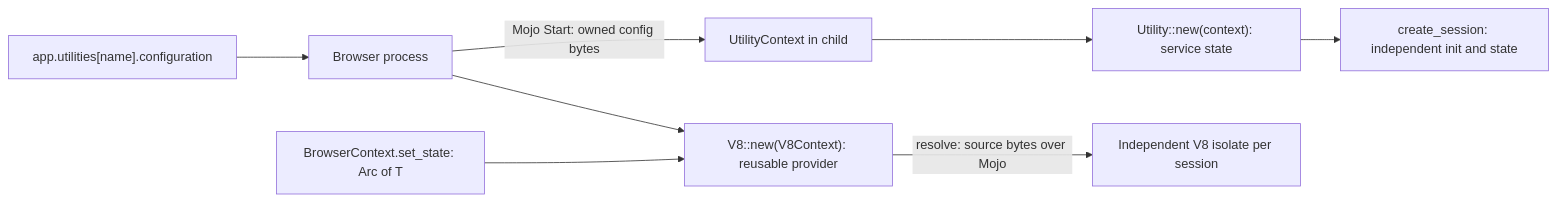
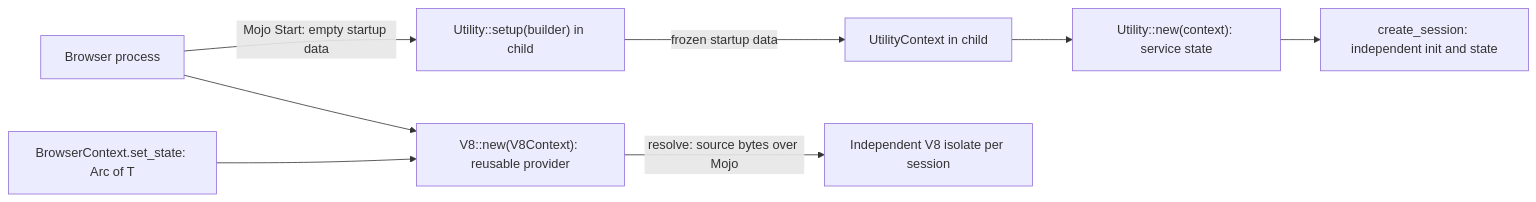
One commit to tuffite/tuffite changed the fourth of 7 diagrams in crates/tuffite-abi/README.md. Above: the diagram before and after it, drawn with Mermaid. The commit also changed other lines of this file and 363 other files, not shown here.

````diff
--- a/crates/tuffite-abi/README.md
+++ b/crates/tuffite-abi/README.md
@@ -500,10 +462,10 @@
 ```mermaid
 flowchart LR
-  Manifest["app.utilities[name].configuration"] --> Browser["Browser process"]
-  Browser -->|"Mojo Start: owned config bytes"| Context["UtilityContext in child"]
+  Browser["Browser process"] -->|"Mojo Start: empty startup data"| Setup["Utility::setup(builder) in child"]
+  Setup -->|"frozen startup data"| Context["UtilityContext in child"]
   Context --> Rust["Utility::new(context): service state"]
   Rust --> Sessions["create_session: independent init and state"]
   Shared["BrowserContext.set_state: Arc of T"] --> Provider["V8::new(V8Context): reusable provider"]
   Browser --> Provider
   Provider -->|"resolve: source bytes over Mojo"| Isolate["Independent V8 isolate per session"]
 ```
````
